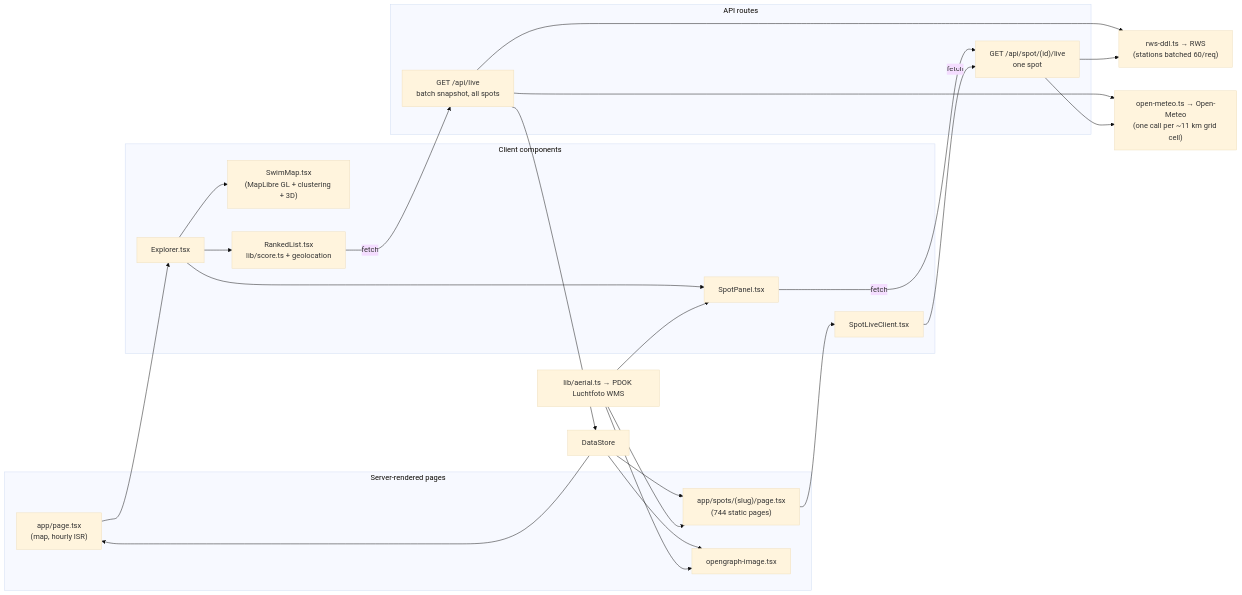
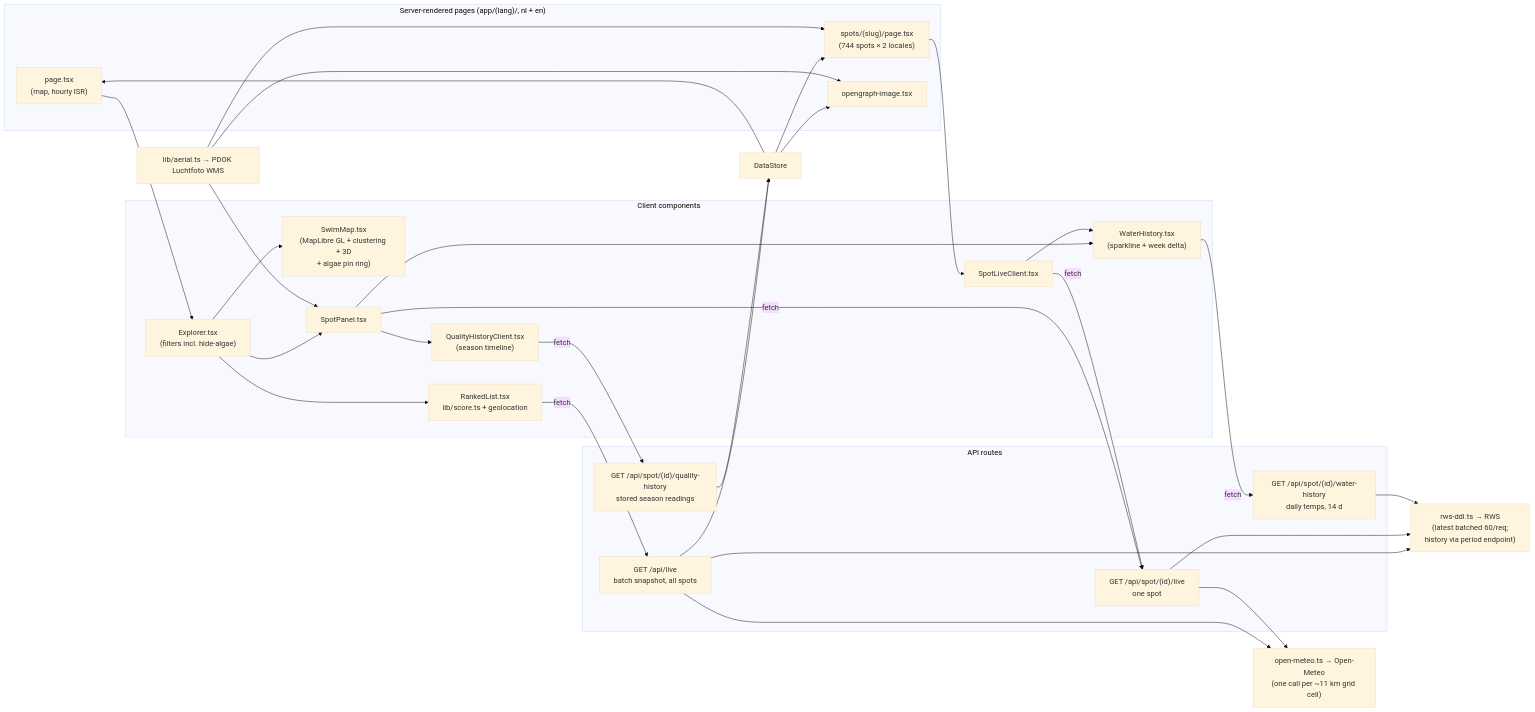
The second of 2 diagrams in README.md (CarlosEscat/nl-swim-spot-explorer), drawn with Mermaid (base theme) before and after one commit. The commit also changed other lines of this file and 41 other files, not shown here.

First line of the commit message:
Add blauwalg badges, water/quality history, EU ratings, and Dutch-first i18n

````diff
--- a/README.md
+++ b/README.md
@@ -143,44 +178,54 @@
 ```mermaid
 flowchart LR
-  subgraph pages["Server-rendered pages"]
-    HOME["app/page.tsx<br/>(map, hourly ISR)"]
-    SPOT["app/spots/(slug)/page.tsx<br/>(744 static pages)"]
+  subgraph pages["Server-rendered pages (app/(lang)/, nl + en)"]
+    HOME["page.tsx<br/>(map, hourly ISR)"]
+    SPOT["spots/(slug)/page.tsx<br/>(744 spots × 2 locales)"]
     OG["opengraph-image.tsx"]
   end
 
   subgraph client["Client components"]
-    EXP["Explorer.tsx"]
-    MAP["SwimMap.tsx<br/>(MapLibre GL + clustering + 3D)"]
+    EXP["Explorer.tsx<br/>(filters incl. hide-algae)"]
+    MAP["SwimMap.tsx<br/>(MapLibre GL + clustering + 3D<br/>+ algae pin ring)"]
     RANK["RankedList.tsx<br/>lib/score.ts + geolocation"]
     PANEL["SpotPanel.tsx"]
     LIVEC["SpotLiveClient.tsx"]
+    WHIST["WaterHistory.tsx<br/>(sparkline + week delta)"]
+    QHIST["QualityHistoryClient.tsx<br/>(season timeline)"]
   end
 
   subgraph api["API routes"]
     LIVEALL["GET /api/live<br/>batch snapshot, all spots"]
     LIVEONE["GET /api/spot/(id)/live<br/>one spot"]
+    WH["GET /api/spot/(id)/water-history<br/>daily temps, 14 d"]
+    QH["GET /api/spot/(id)/quality-history<br/>stored season readings"]
   end
 
   STORE["DataStore"]
-  RWS["rws-ddl.ts → RWS<br/>(stations batched 60/req)"]
+  RWS["rws-ddl.ts → RWS<br/>(latest batched 60/req;<br/>history via period endpoint)"]
   METEO["open-meteo.ts → Open-Meteo<br/>(one call per ~11 km grid cell)"]
   FOTO["lib/aerial.ts → PDOK Luchtfoto WMS"]
 
   STORE --> HOME --> EXP
   EXP --> MAP
   EXP --> RANK
   EXP --> PANEL
-  STORE --> SPOT --> LIVEC
+  PANEL --> WHIST
+  PANEL --> QHIST
+  STORE --> SPOT --> LIVEC --> WHIST
   STORE --> OG
   RANK -- "fetch" --> LIVEALL
   PANEL -- "fetch" --> LIVEONE
   LIVEC -- "fetch" --> LIVEONE
+  WHIST -- "fetch" --> WH
+  QHIST -- "fetch" --> QH
   LIVEALL --> RWS
   LIVEALL --> METEO
   LIVEALL --> STORE
   LIVEONE --> RWS
   LIVEONE --> METEO
+  WH --> RWS
+  QH --> STORE
   FOTO --> SPOT
   FOTO --> PANEL
   FOTO --> OG
 ```
````
